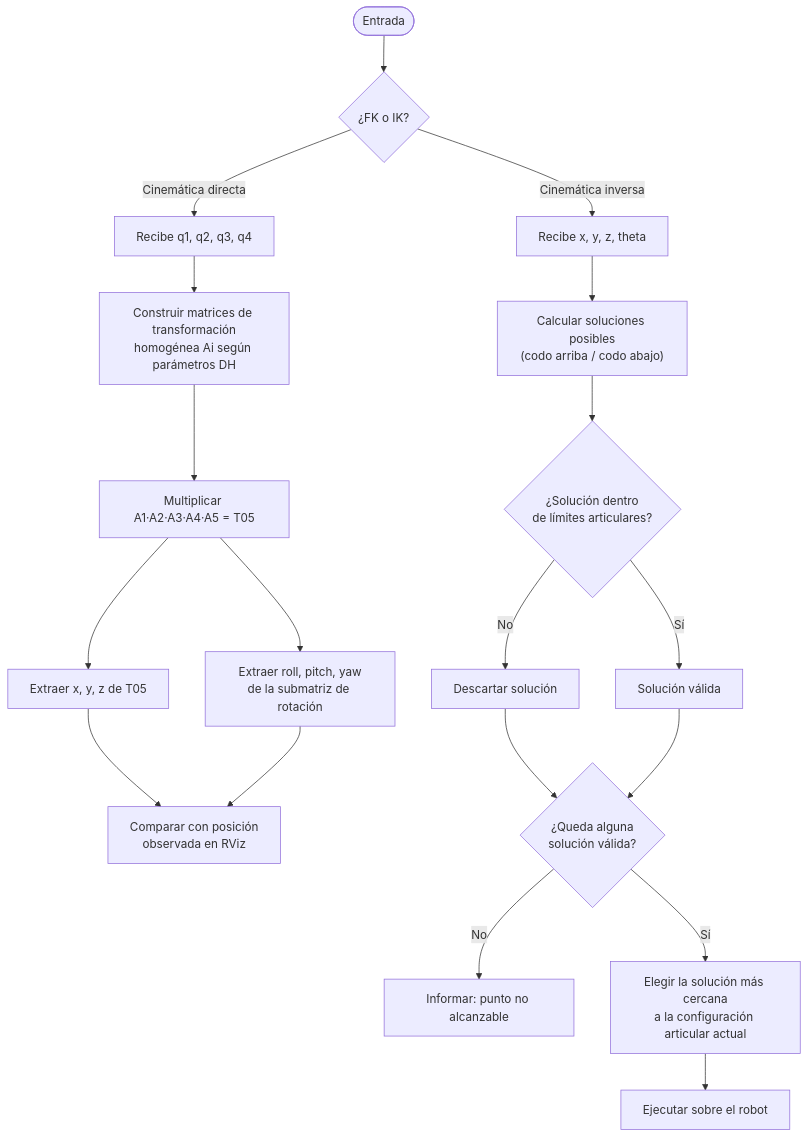
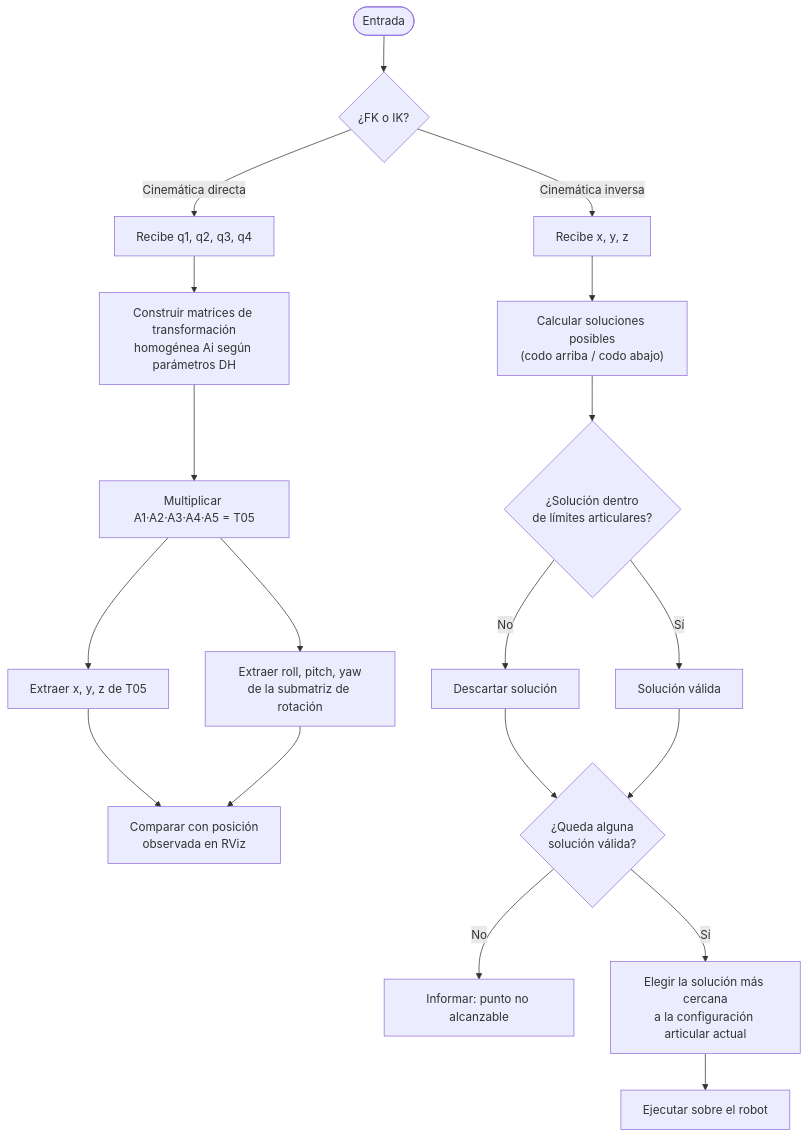
One commit to labsir-un/Robotica-2026-I-Equipo-2E-Mora-Pacheco-Pinilla changed the fourth of 6 diagrams in Laboratorio No. 05 - Robótica de Desarrollo ROS Jazzy y Phantom Pincher X100/README.MD. Above: the diagram before and after it, drawn with Mermaid. The commit also changed other lines of this file and 1 other file, not shown here.

````diff
--- a/Laboratorio No. 05 - Robótica de Desarrollo ROS Jazzy y Phantom Pincher X100/README.MD
+++ b/Laboratorio No. 05 - Robótica de Desarrollo ROS Jazzy y Phantom Pincher X100/README.MD
@@ -672,23 +669,23 @@
 ```mermaid
 flowchart TD
     START([Entrada]) --> MODE{¿FK o IK?}
 
     MODE -->|Cinemática directa| Q["Recibe q1, q2, q3, q4"]
     Q --> DH["Construir matrices de transformación<br/>homogénea Ai según parámetros DH"]
     DH --> T05["Multiplicar A1·A2·A3·A4·A5 = T05"]
     T05 --> XYZ["Extraer x, y, z de T05"]
     T05 --> RPY["Extraer roll, pitch, yaw<br/>de la submatriz de rotación"]
     XYZ --> COMPARE["Comparar con posición<br/>observada en RViz"]
     RPY --> COMPARE
 
-    MODE -->|Cinemática inversa| XYZT["Recibe x, y, z, theta"]
+    MODE -->|Cinemática inversa| XYZT["Recibe x, y, z"]
     XYZT --> SOLVE["Calcular soluciones posibles<br/>(codo arriba / codo abajo)"]
     SOLVE --> FILTER{"¿Solución dentro<br/>de límites articulares?"}
     FILTER -->|No| DISCARD[Descartar solución]
     FILTER -->|Sí| VALID[Solución válida]
     DISCARD --> ANYVALID{"¿Queda alguna<br/>solución válida?"}
     VALID --> ANYVALID
     ANYVALID -->|No| UNREACHABLE["Informar: punto no alcanzable"]
     ANYVALID -->|Sí| CLOSEST["Elegir la solución más cercana<br/>a la configuración articular actual"]
     CLOSEST --> EXEC["Ejecutar sobre el robot"]
 ```
````
